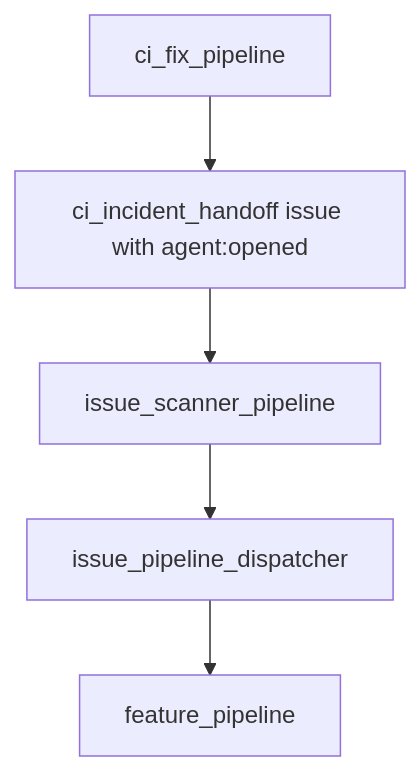
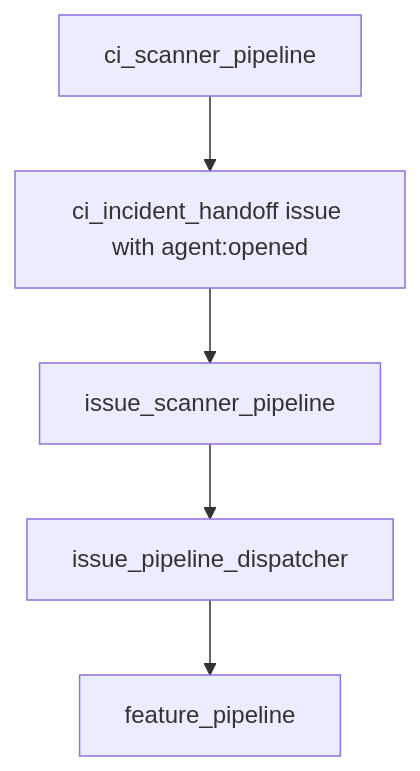
Before and after one commit to yxyxy/HordeForge: the first of 4 diagrams in docs/pipeline_graph.md, drawn with Mermaid. The commit also changed other lines of this file and 125 other files, not shown here.

````diff
--- a/docs/pipeline_graph.md
+++ b/docs/pipeline_graph.md
@@ -3,7 +3,7 @@
 ```mermaid
 graph TD
-  A[ci_fix_pipeline] --> B[ci_incident_handoff issue with agent:opened]
+  A[ci_scanner_pipeline] --> B[ci_incident_handoff issue with agent:opened]
   B --> C[issue_scanner_pipeline]
   C --> D[issue_pipeline_dispatcher]
   D --> E[feature_pipeline]
 ```
````
